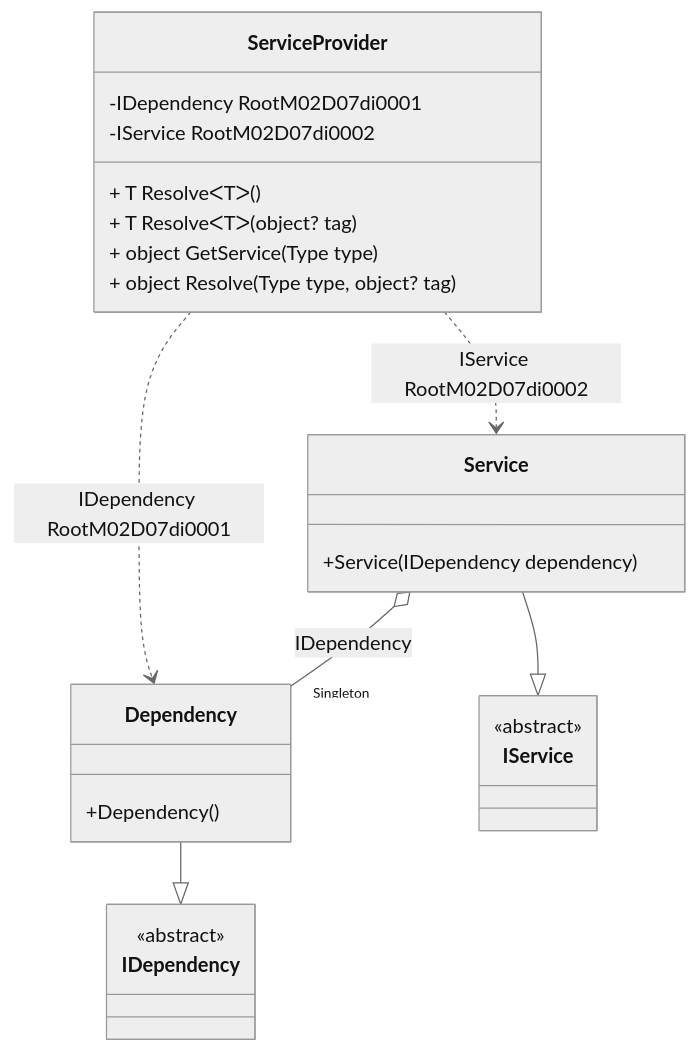
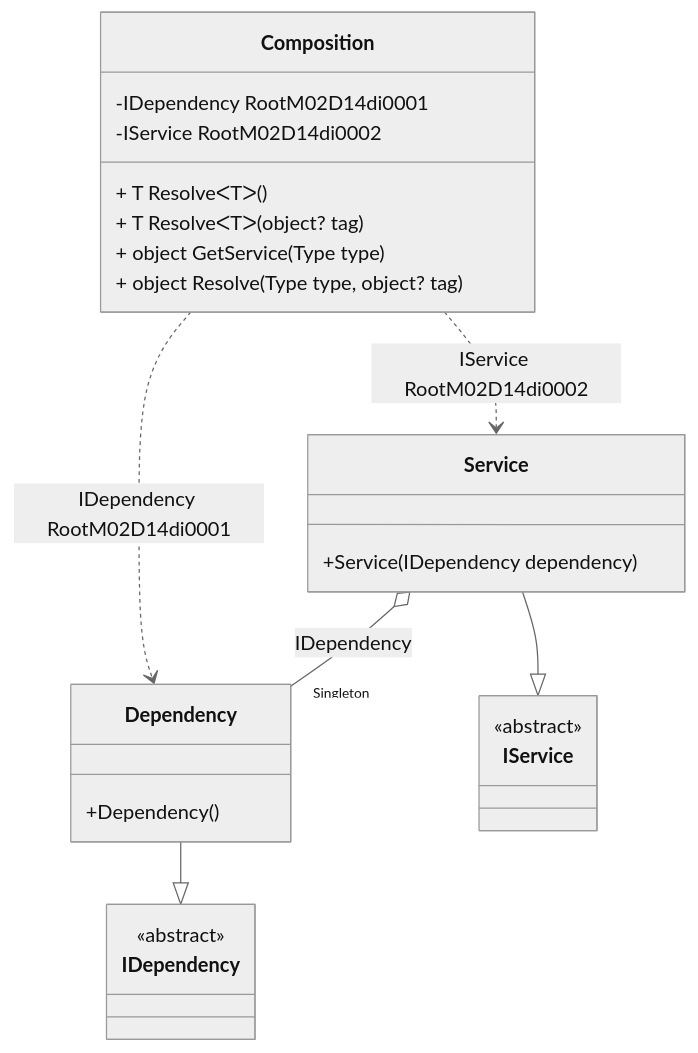
The diagram in readme/service-provider.md (DevTeam/Pure.DI), drawn with Mermaid (neutral theme) before and after one commit. The commit also changed other lines of this file and 80 other files, not shown here.

````diff
--- a/readme/service-provider.md
+++ b/readme/service-provider.md
@@ -46,28 +45,28 @@
 ```mermaid
 classDiagram
-  class ServiceProvider {
-    -IDependency RootM02D07di0001
-    -IService RootM02D07di0002
+  class Composition {
+    -IDependency RootM02D14di0001
+    -IService RootM02D14di0002
     + T ResolveᐸTᐳ()
     + T ResolveᐸTᐳ(object? tag)
     + object GetService(Type type)
     + object Resolve(Type type, object? tag)
   }
   Dependency --|> IDependency : 
   class Dependency {
     +Dependency()
   }
   Service --|> IService : 
   class Service {
     +Service(IDependency dependency)
   }
   class IDependency {
     <<abstract>>
   }
   class IService {
     <<abstract>>
   }
   Service o--  "Singleton" Dependency : IDependency
-  ServiceProvider ..> Dependency : IDependency RootM02D07di0001
-  ServiceProvider ..> Service : IService RootM02D07di0002
+  Composition ..> Dependency : IDependency RootM02D14di0001
+  Composition ..> Service : IService RootM02D14di0002
 ```
````
